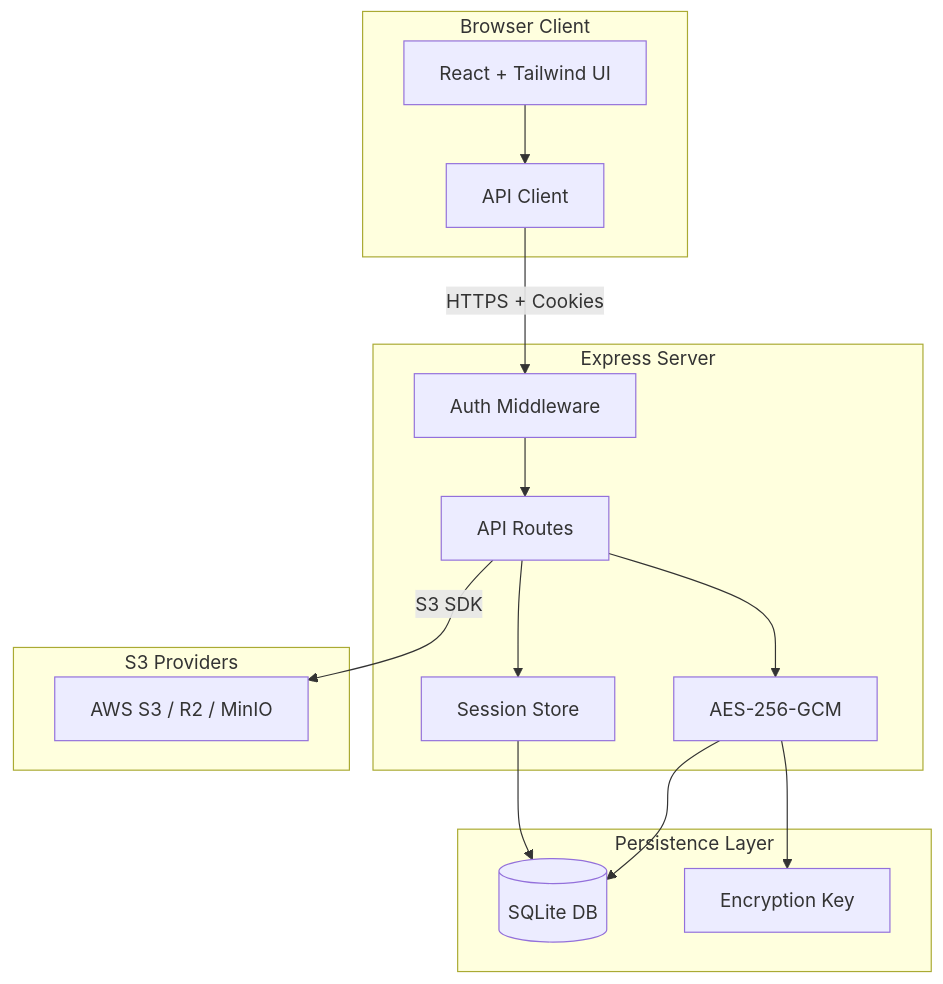
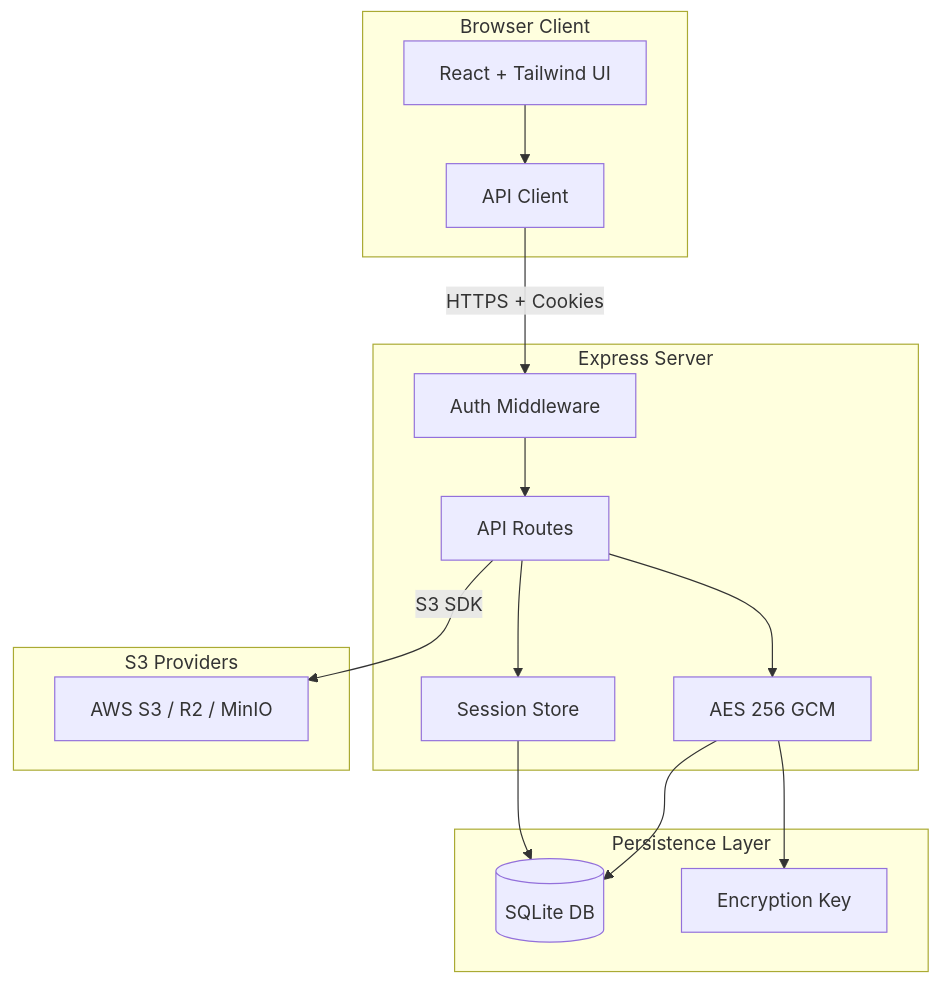
Before and after one commit to dimayuga-adrieljoseph/s3explorer: the diagram in README.md, drawn with Mermaid. The commit also changed other lines of this file, not shown here.

````diff
--- a/README.md
+++ b/README.md
@@ -41,33 +39,33 @@
 ```mermaid
 flowchart TB
     subgraph Client["Browser Client"]
         UI["React + Tailwind UI"]
         API["API Client"]
     end
 
     subgraph Server["Express Server"]
         Auth["Auth Middleware"]
         Routes["API Routes"]
         Session["Session Store"]
-        Crypto["AES-256-GCM"]
+        Crypto["AES 256 GCM"]
     end
 
     subgraph Storage["Persistence Layer"]
         SQLite[("SQLite DB")]
         EncKey["Encryption Key"]
     end
 
     subgraph External["S3 Providers"]
         S3["AWS S3 / R2 / MinIO"]
     end
 
     UI --> API
     API -->|HTTPS + Cookies| Auth
     Auth --> Routes
     Routes --> Session
     Routes --> Crypto
     Session --> SQLite
     Crypto --> EncKey
     Crypto --> SQLite
     Routes -->|S3 SDK| S3
 ```
````
